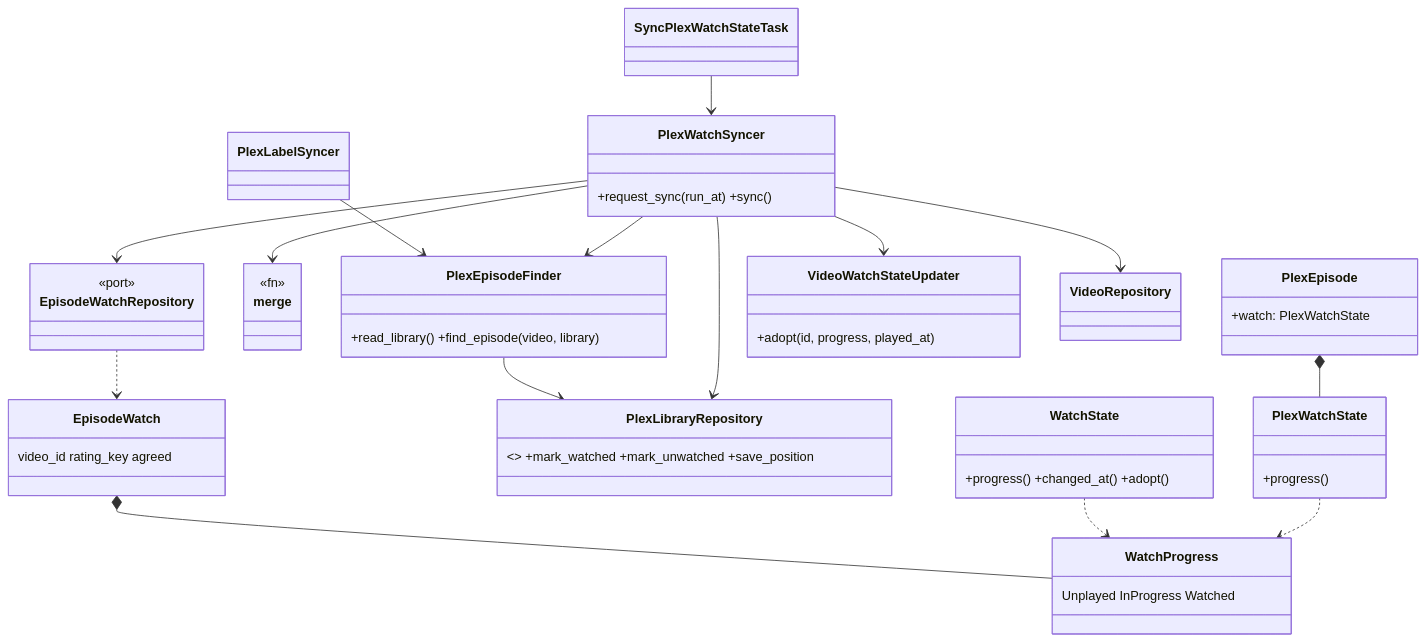
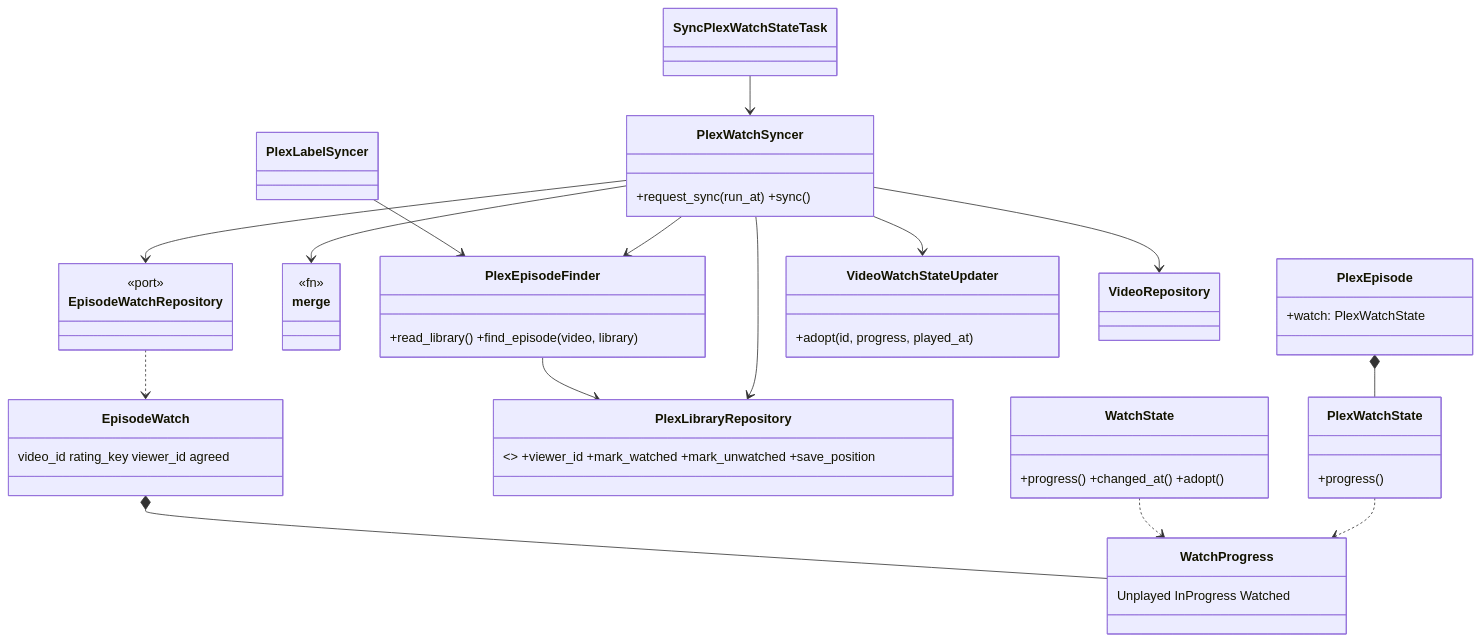
The first of 3 diagrams in openspec/changes/plex-watch-state-sync/design.md (sergigp/yarrtube), drawn with Mermaid before and after one commit. The commit also changed other lines of this file and 3 other files, not shown here.

Commit message:
Plan the audit fixes for the Plex watch sync

````diff
--- a/openspec/changes/plex-watch-state-sync/design.md
+++ b/openspec/changes/plex-watch-state-sync/design.md
@@ -5,35 +5,35 @@
 ```mermaid
 classDiagram
   classDef new fill:#d4f5d4,stroke:#2e7d32
   classDef changed fill:#fff1c2,stroke:#b58900
 
   class SyncPlexWatchStateTask:::new
   class PlexWatchSyncer:::new { +request_sync(run_at) +sync() }
   class PlexEpisodeFinder:::new { +read_library() +find_episode(video, library) }
   class PlexLabelSyncer:::changed
   class merge:::new { <<fn>> }
-  class EpisodeWatch:::new { video_id rating_key agreed }
+  class EpisodeWatch:::new { video_id rating_key viewer_id agreed }
   class EpisodeWatchRepository:::new { <<port>> }
-  class PlexLibraryRepository:::changed { <<port>> +mark_watched +mark_unwatched +save_position }
+  class PlexLibraryRepository:::changed { <<port>> +viewer_id +mark_watched +mark_unwatched +save_position }
   class PlexEpisode:::changed { +watch: PlexWatchState }
   class PlexWatchState:::new { +progress() }
   class WatchProgress:::new { Unplayed InProgress Watched }
   class WatchState:::changed { +progress() +changed_at() +adopt() }
   class VideoWatchStateUpdater:::changed { +adopt(id, progress, played_at) }
   class VideoRepository
 
   SyncPlexWatchStateTask --> PlexWatchSyncer
   PlexWatchSyncer --> PlexEpisodeFinder
   PlexLabelSyncer --> PlexEpisodeFinder
   PlexWatchSyncer --> merge
   PlexWatchSyncer --> EpisodeWatchRepository
   PlexWatchSyncer --> PlexLibraryRepository
   PlexWatchSyncer --> VideoWatchStateUpdater
   PlexWatchSyncer --> VideoRepository
   PlexEpisodeFinder --> PlexLibraryRepository
   EpisodeWatchRepository ..> EpisodeWatch
   PlexEpisode *-- PlexWatchState
   PlexWatchState ..> WatchProgress
   WatchState ..> WatchProgress
   EpisodeWatch *-- WatchProgress
 ```
````
